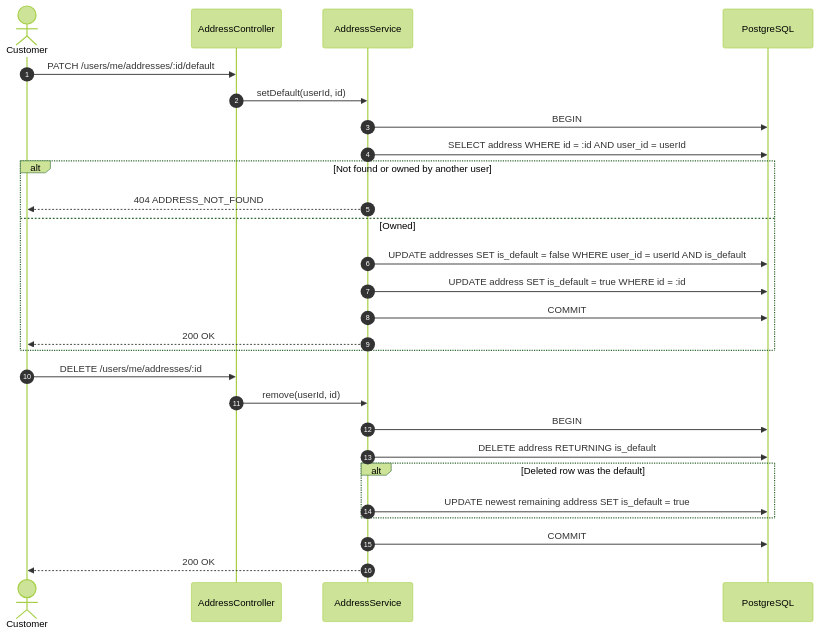
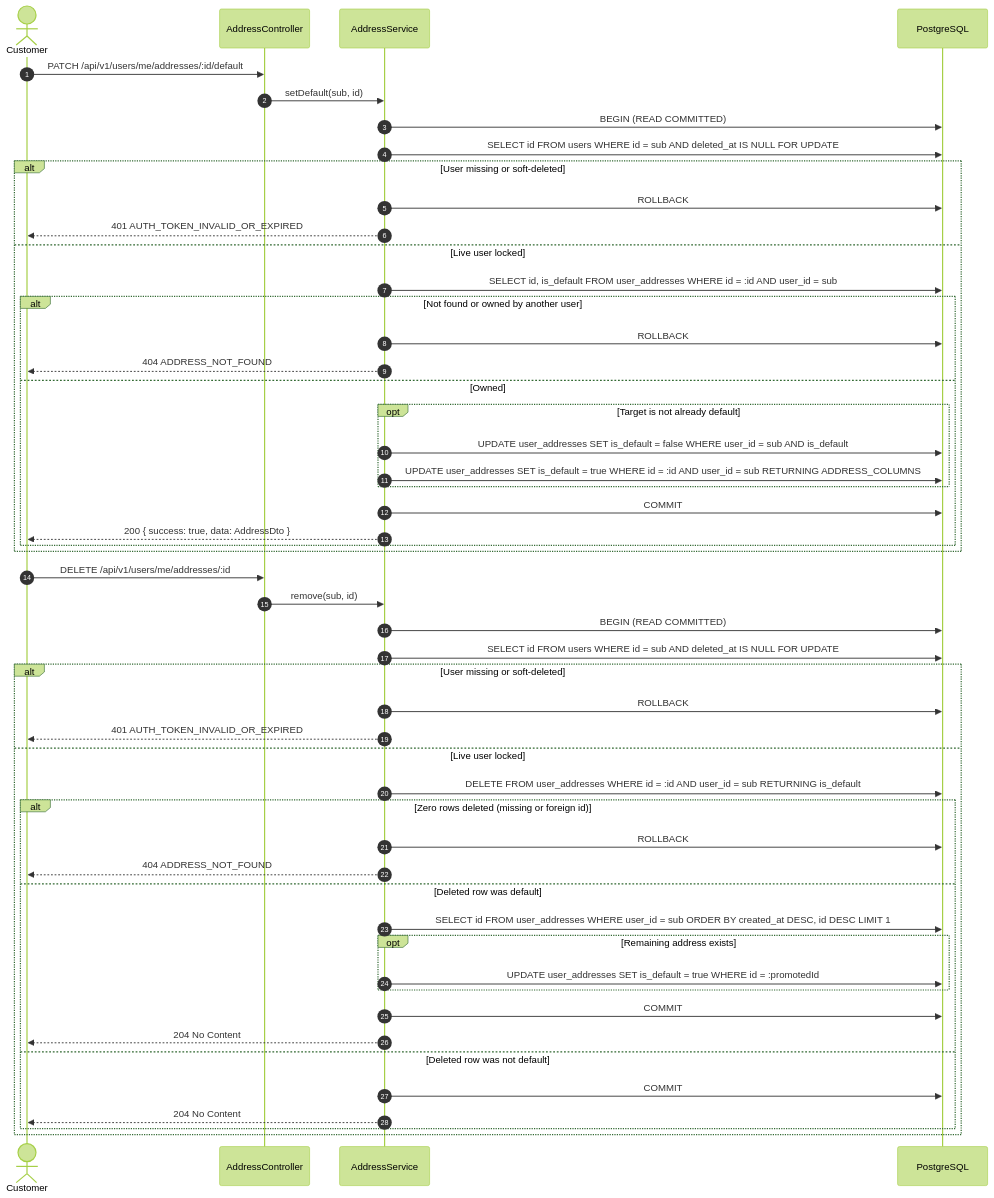
The fourth of 5 diagrams in docs/design/address-book-and-delivery-fee-formal-spec.md (DuongDevv/greenroots-farm), drawn with Mermaid (forest theme) before and after one commit. The commit also changed other lines of this file and 4 other files, not shown here.

````diff
--- a/docs/design/address-book-and-delivery-fee-formal-spec.md
+++ b/docs/design/address-book-and-delivery-fee-formal-spec.md
@@ -93,31 +167,55 @@
 ```mermaid
 sequenceDiagram
     autonumber
     actor Customer
-    participant API as AddressController
+    participant Ctrl as AddressController
     participant Svc as AddressService
     participant DB as PostgreSQL
 
-    Customer->>API: PATCH /users/me/addresses/:id/default
-    API->>Svc: setDefault(userId, id)
-    Svc->>DB: BEGIN
-    Svc->>DB: SELECT address WHERE id = :id AND user_id = userId
-    alt Not found or owned by another user
-        Svc-->>Customer: 404 ADDRESS_NOT_FOUND
-    else Owned
-        Svc->>DB: UPDATE addresses SET is_default = false WHERE user_id = userId AND is_default
-        Svc->>DB: UPDATE address SET is_default = true WHERE id = :id
-        Svc->>DB: COMMIT
-        Svc-->>Customer: 200 OK
+    Customer->>Ctrl: PATCH /api/v1/users/me/addresses/:id/default
+    Ctrl->>Svc: setDefault(sub, id)
+    Svc->>DB: BEGIN (READ COMMITTED)
+    Svc->>DB: SELECT id FROM users WHERE id = sub AND deleted_at IS NULL FOR UPDATE
+    alt User missing or soft-deleted
+        Svc->>DB: ROLLBACK
+        Svc-->>Customer: 401 AUTH_TOKEN_INVALID_OR_EXPIRED
+    else Live user locked
+        Svc->>DB: SELECT id, is_default FROM user_addresses WHERE id = :id AND user_id = sub
+        alt Not found or owned by another user
+            Svc->>DB: ROLLBACK
+            Svc-->>Customer: 404 ADDRESS_NOT_FOUND
+        else Owned
+            opt Target is not already default
+                Svc->>DB: UPDATE user_addresses SET is_default = false WHERE user_id = sub AND is_default
+                Svc->>DB: UPDATE user_addresses SET is_default = true WHERE id = :id AND user_id = sub RETURNING ADDRESS_COLUMNS
+            end
+            Svc->>DB: COMMIT
+            Svc-->>Customer: 200 { success: true, data: AddressDto }
+        end
     end
 
-    Customer->>API: DELETE /users/me/addresses/:id
-    API->>Svc: remove(userId, id)
-    Svc->>DB: BEGIN
-    Svc->>DB: DELETE address RETURNING is_default
-    alt Deleted row was the default
-        Svc->>DB: UPDATE newest remaining address SET is_default = true
+    Customer->>Ctrl: DELETE /api/v1/users/me/addresses/:id
+    Ctrl->>Svc: remove(sub, id)
+    Svc->>DB: BEGIN (READ COMMITTED)
+    Svc->>DB: SELECT id FROM users WHERE id = sub AND deleted_at IS NULL FOR UPDATE
+    alt User missing or soft-deleted
+        Svc->>DB: ROLLBACK
+        Svc-->>Customer: 401 AUTH_TOKEN_INVALID_OR_EXPIRED
+    else Live user locked
+        Svc->>DB: DELETE FROM user_addresses WHERE id = :id AND user_id = sub RETURNING is_default
+        alt Zero rows deleted (missing or foreign id)
+            Svc->>DB: ROLLBACK
+            Svc-->>Customer: 404 ADDRESS_NOT_FOUND
+        else Deleted row was default
+            Svc->>DB: SELECT id FROM user_addresses WHERE user_id = sub ORDER BY created_at DESC, id DESC LIMIT 1
+            opt Remaining address exists
+                Svc->>DB: UPDATE user_addresses SET is_default = true WHERE id = :promotedId
+            end
+            Svc->>DB: COMMIT
+            Svc-->>Customer: 204 No Content
+        else Deleted row was not default
+            Svc->>DB: COMMIT
+            Svc-->>Customer: 204 No Content
+        end
     end
-    Svc->>DB: COMMIT
-    Svc-->>Customer: 200 OK
 ```
````
